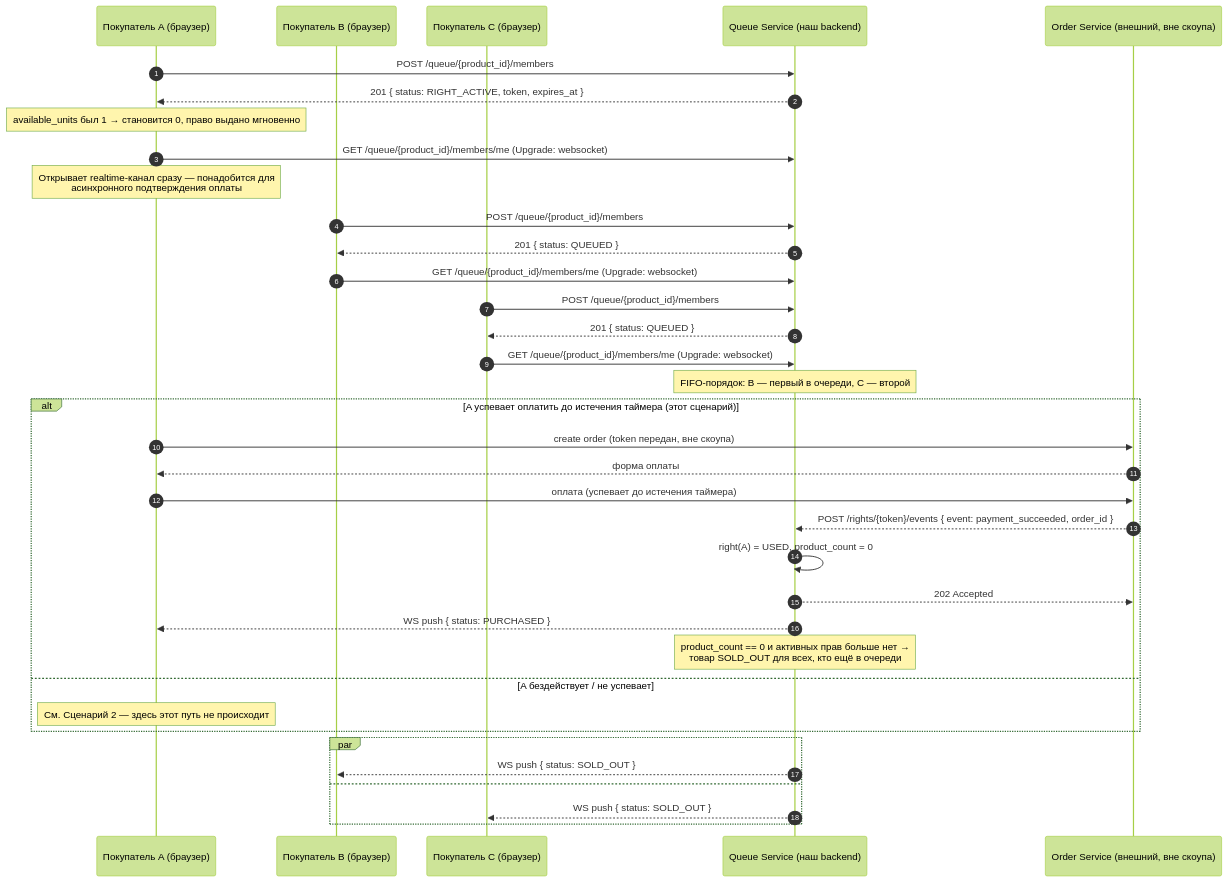
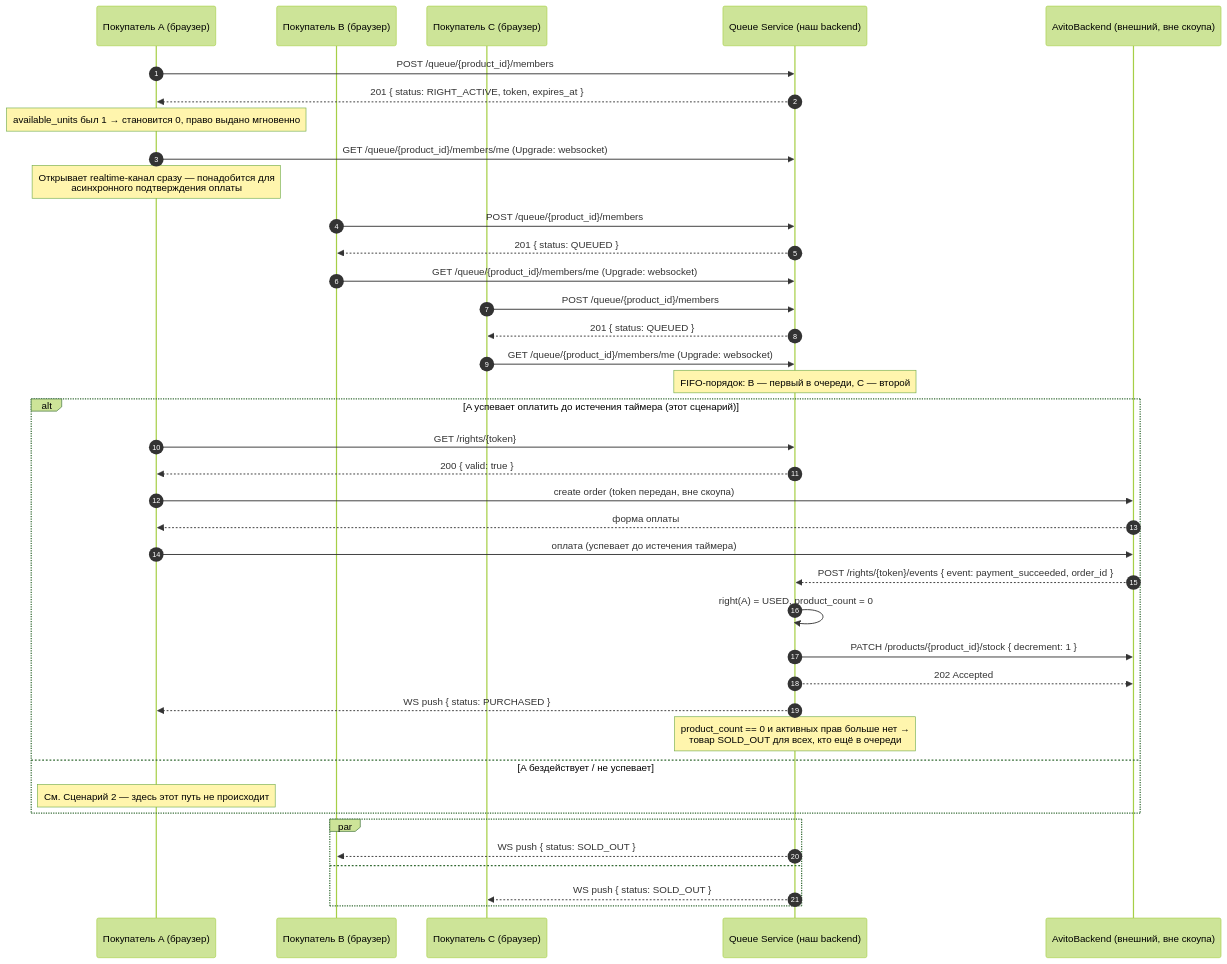
Before and after one commit to bigboynixxik/team-10-queue-serivce: the third of 4 diagrams in docs/diagrams.md, drawn with Mermaid (forest theme). The commit also changed other lines of this file and 10 other files, not shown here.

````diff
--- a/docs/diagrams.md
+++ b/docs/diagrams.md
@@ -100,45 +110,49 @@
 ```mermaid
 sequenceDiagram
     autonumber
     participant A as Покупатель A (браузер)
     participant B as Покупатель B (браузер)
     participant C as Покупатель C (браузер)
     participant QS as Queue Service (наш backend)
-    participant OS as Order Service (внешний, вне скоупа)
+    participant AB as AvitoBackend (внешний, вне скоупа)
 
     A->>QS: POST /queue/{product_id}/members
     QS-->>A: 201 { status: RIGHT_ACTIVE, token, expires_at }
     Note over A: available_units был 1 → становится 0, право выдано мгновенно
 
     A->>QS: GET /queue/{product_id}/members/me (Upgrade: websocket)
     Note over A: Открывает realtime-канал сразу — понадобится для<br/>асинхронного подтверждения оплаты
 
     B->>QS: POST /queue/{product_id}/members
     QS-->>B: 201 { status: QUEUED }
     B->>QS: GET /queue/{product_id}/members/me (Upgrade: websocket)
 
     C->>QS: POST /queue/{product_id}/members
     QS-->>C: 201 { status: QUEUED }
     C->>QS: GET /queue/{product_id}/members/me (Upgrade: websocket)
     Note over QS: FIFO-порядок: B — первый в очереди, C — второй
 
     alt A успевает оплатить до истечения таймера (этот сценарий)
-        A->>OS: create order (token передан, вне скоупа)
-        OS-->>A: форма оплаты
-        A->>OS: оплата (успевает до истечения таймера)
-        OS-->>QS: POST /rights/{token}/events { event: payment_succeeded, order_id }
+        A->>QS: GET /rights/{token}
+        QS-->>A: 200 { valid: true }
+
+        A->>AB: create order (token передан, вне скоупа)
+        AB-->>A: форма оплаты
+        A->>AB: оплата (успевает до истечения таймера)
+        AB-->>QS: POST /rights/{token}/events { event: payment_succeeded, order_id }
 
         QS->>QS: right(A) = USED, product_count = 0
-        QS-->>OS: 202 Accepted
+        QS->>AB: PATCH /products/{product_id}/stock { decrement: 1 }
+        QS-->>AB: 202 Accepted
         QS-->>A: WS push { status: PURCHASED }
         Note over QS: product_count == 0 и активных прав больше нет →<br/>товар SOLD_OUT для всех, кто ещё в очереди
     else A бездействует / не успевает
         Note over A: См. Сценарий 2 — здесь этот путь не происходит
     end
 
     par
         QS-->>B: WS push { status: SOLD_OUT }
     and
         QS-->>C: WS push { status: SOLD_OUT }
     end
 ```
````
